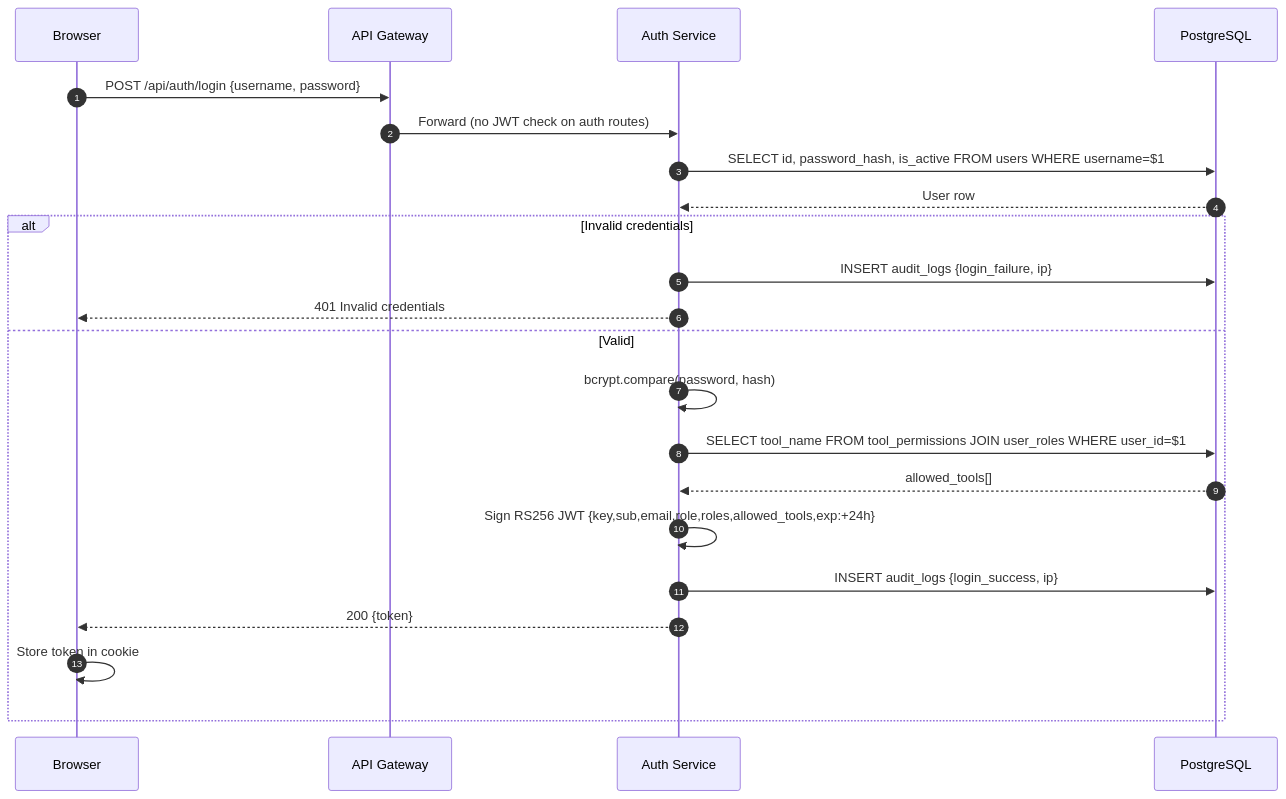
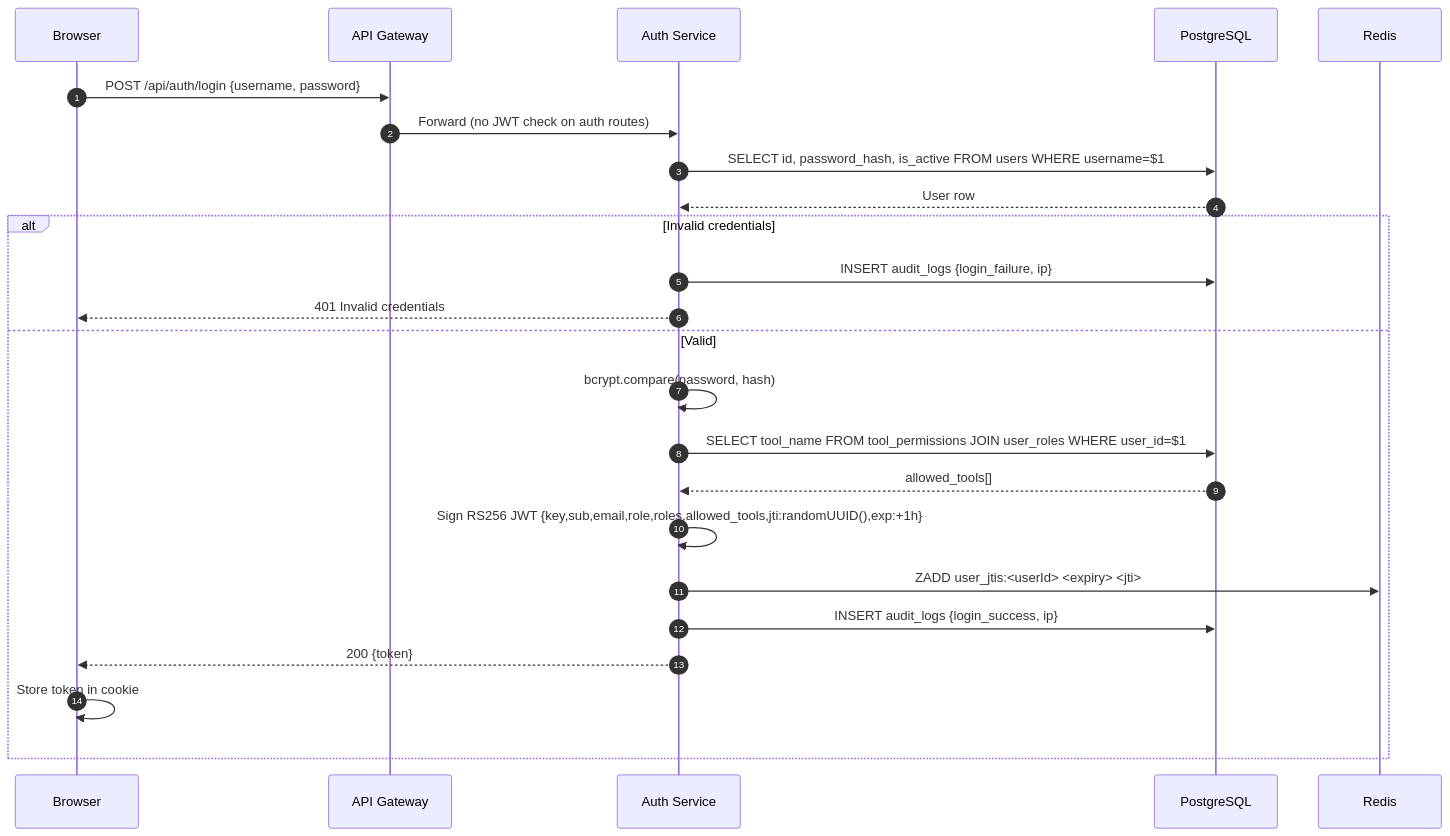
One commit to impie0/dattobrain changed the diagram in DattoLLM-main/Authentication Flow.md. Above: the diagram before and after it, drawn with Mermaid. The commit also changed other lines of this file and 63 other files, not shown here.

First line of the commit message:
v2.0.0 — Phase 0 security hardening + knowledge graph sync

````diff
--- a/DattoLLM-main/Authentication Flow.md
+++ b/DattoLLM-main/Authentication Flow.md
@@ -7,26 +16,28 @@
 ```mermaid
 sequenceDiagram
     autonumber
     participant B as Browser
     participant GW as API Gateway
     participant A as Auth Service
     participant DB as PostgreSQL
+    participant Redis as Redis
 
     B->>GW: POST /api/auth/login {username, password}
     GW->>A: Forward (no JWT check on auth routes)
     A->>DB: SELECT id, password_hash, is_active FROM users WHERE username=$1
     DB-->>A: User row
 
     alt Invalid credentials
         A->>DB: INSERT audit_logs {login_failure, ip}
         A-->>B: 401 Invalid credentials
     else Valid
         A->>A: bcrypt.compare(password, hash)
         A->>DB: SELECT tool_name FROM tool_permissions JOIN user_roles WHERE user_id=$1
         DB-->>A: allowed_tools[]
-        A->>A: Sign RS256 JWT {key,sub,email,role,roles,allowed_tools,exp:+24h}
+        A->>A: Sign RS256 JWT {key,sub,email,role,roles,allowed_tools,jti:randomUUID(),exp:+1h}
+        A->>Redis: ZADD user_jtis:<userId> <expiry> <jti>
         A->>DB: INSERT audit_logs {login_success, ip}
         A-->>B: 200 {token}
         B->>B: Store token in cookie
     end
 ```
````
